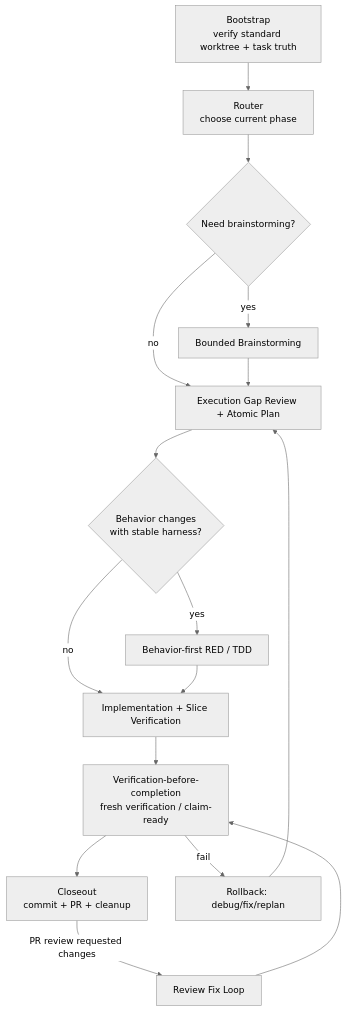
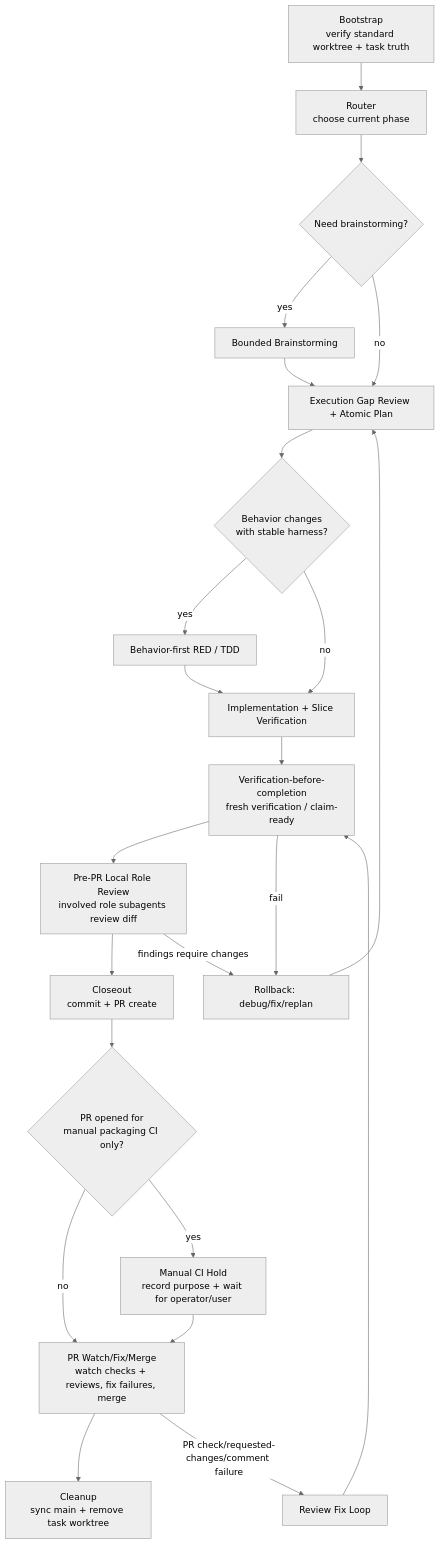
One commit to eng-cc/oasis7 changed the diagram in doc/engineering/workflow/source-of-truth.md. Above: the diagram before and after it, drawn with Mermaid (neutral theme). The commit also changed other lines of this file and 26 other files, not shown here.

First line of the commit message:
Require local role review before PR (#352)

````diff
--- a/doc/engineering/workflow/source-of-truth.md
+++ b/doc/engineering/workflow/source-of-truth.md
@@ -15,19 +15,26 @@
 ```mermaid
 flowchart TD
   A[Bootstrap\nverify standard worktree + task truth] --> B[Router\nchoose current phase]
   B --> C{Need brainstorming?}
   C -- yes --> D[Bounded Brainstorming]
   C -- no --> E
   D --> E[Execution Gap Review + Atomic Plan]
   E --> F{Behavior changes\nwith stable harness?}
   F -- yes --> G[Behavior-first RED / TDD]
   F -- no --> H
   G --> H[Implementation + Slice Verification]
   H --> I[Verification-before-completion\nfresh verification / claim-ready]
-  I --> J[Closeout\ncommit + PR + cleanup]
+  I --> M[Pre-PR Local Role Review\ninvolved role subagents review diff]
+  M --> J[Closeout\ncommit + PR create]
+  J --> N{PR opened for\nmanual packaging CI only?}
+  N -- no --> O[PR Watch/Fix/Merge\nwatch checks + reviews, fix failures, merge]
+  N -- yes --> P[Manual CI Hold\nrecord purpose + wait for operator/user]
+  O --> Q[Cleanup\nsync main + remove task worktree]
+  P --> O
 
   I -->|fail| K[Rollback: debug/fix/replan]
   K --> E
-  J -->|PR review requested changes| L[Review Fix Loop]
+  M -->|findings require changes| K
+  O -->|PR check/requested-changes/comment failure| L[Review Fix Loop]
   L --> I
 ```
````
